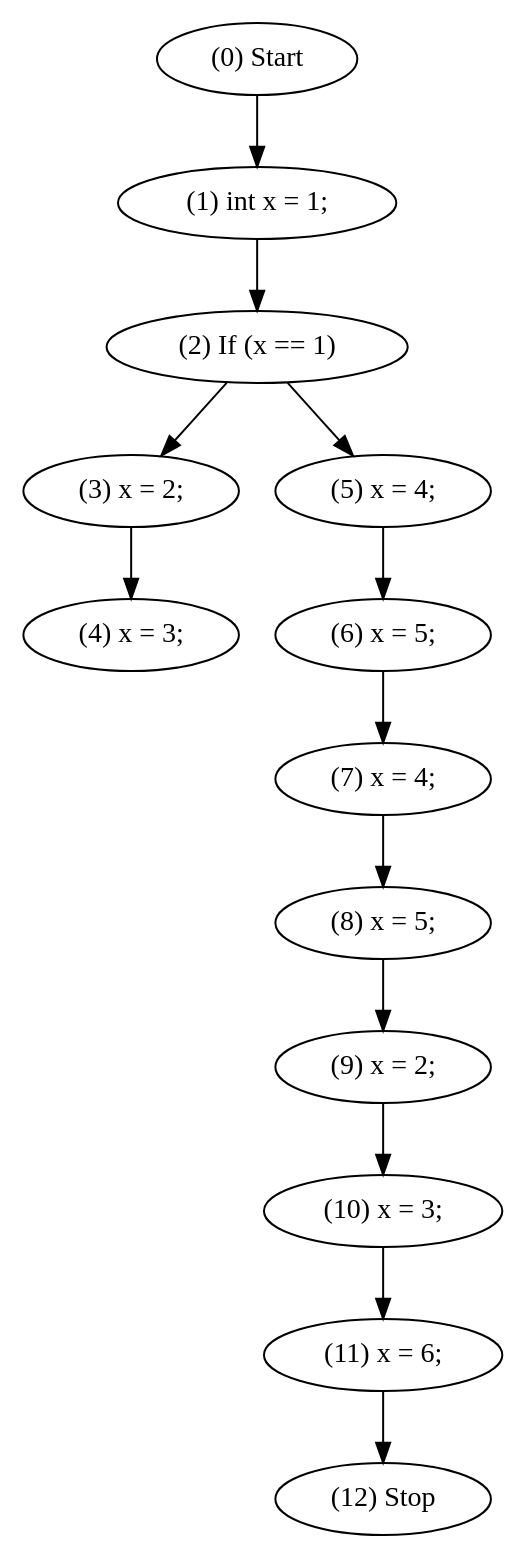
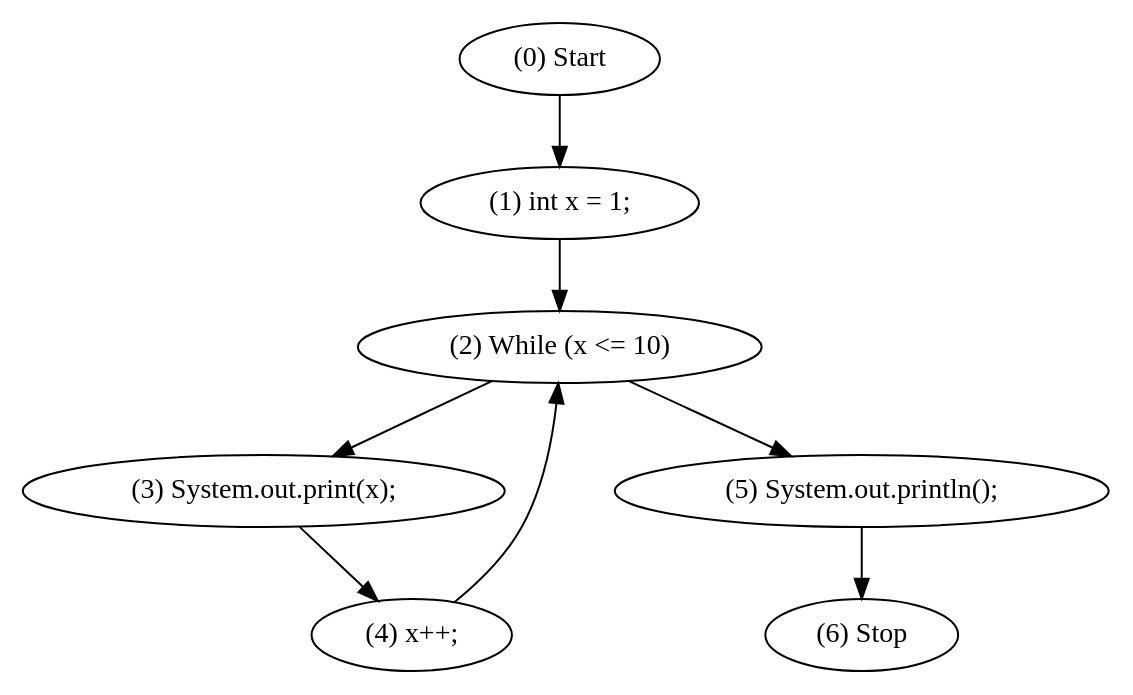
One commit to JuanColonGarcia/Metaprogram changed the diagram in dotsource.dot. Above: the diagram before and after it, drawn with Graphviz. The commit also changed 9 other files, not shown here.

```diff
--- a/dotsource.dot
+++ b/dotsource.dot
@@ -1,2 +1,2 @@
 digraph G {
-"(0) Start" -> "(1) int x = 1;""(1) int x = 1;" -> "(2) If (x == 1)""(2) If (x == 1)" -> "(3) x = 2;""(3) x = 2;" -> "(4) x = 3;""(2) If (x == 1)" -> "(5) x = 4;""(5) x = 4;" -> "(6) x = 5;""(6) x = 5;" -> "(7) x = 4;""(7) x = 4;" -> "(8) x = 5;""(8) x = 5;" -> "(9) x = 2;""(9) x = 2;" -> "(10) x = 3;""(10) x = 3;" -> "(11) x = 6;""(11) x = 6;" -> "(12) Stop"}
+"(0) Start" -> "(1) int x = 1;""(1) int x = 1;" -> "(2) While (x <= 10)""(2) While (x <= 10)" -> "(3) System.out.print(x);""(3) System.out.print(x);" -> "(4) x++;""(4) x++;" -> "(2) While (x <= 10)""(2) While (x <= 10)" -> "(5) System.out.println();""(5) System.out.println();" -> "(6) Stop"}
```
